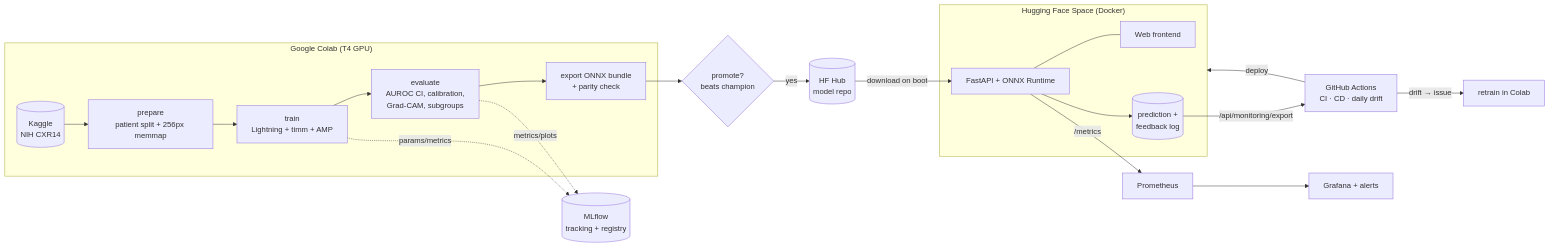
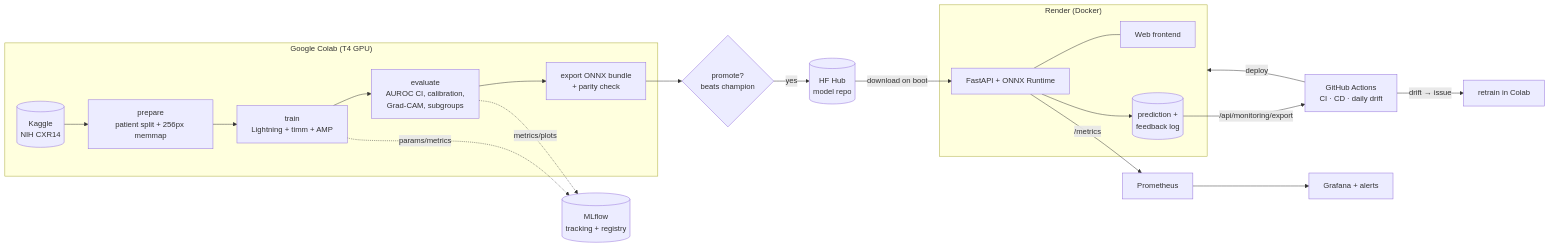
One commit to dhiman-13/chest-xray-triage changed the diagram in README.md. Above: the diagram before and after it, drawn with Mermaid. The commit also changed other lines of this file and 11 other files, not shown here.

````diff
--- a/README.md
+++ b/README.md
@@ -30,22 +30,22 @@
 ```mermaid
 flowchart LR
   subgraph Colab["Google Colab (T4 GPU)"]
     K[(Kaggle<br/>NIH CXR14)] --> P[prepare<br/>patient split + 256px memmap]
     P --> T[train<br/>Lightning + timm + AMP]
     T --> E[evaluate<br/>AUROC CI, calibration,<br/>Grad-CAM, subgroups]
     E --> X[export ONNX bundle<br/>+ parity check]
   end
   T -. params/metrics .-> M[(MLflow<br/>tracking + registry)]
   E -. metrics/plots .-> M
   X --> R{promote?<br/>beats champion}
   R -- yes --> H[(HF Hub<br/>model repo)]
-  subgraph Prod["Hugging Face Space (Docker)"]
+  subgraph Prod["Render (Docker)"]
     API[FastAPI + ONNX Runtime] --- UI[Web frontend]
     API --> DB[(prediction +<br/>feedback log)]
   end
   H -- download on boot --> API
   GH[GitHub Actions<br/>CI · CD · daily drift] -- deploy --> Prod
   API -- /metrics --> PR[Prometheus] --> G[Grafana + alerts]
   DB -- /api/monitoring/export --> GH
   GH -- drift → issue --> RT[retrain in Colab]
 ```
````
